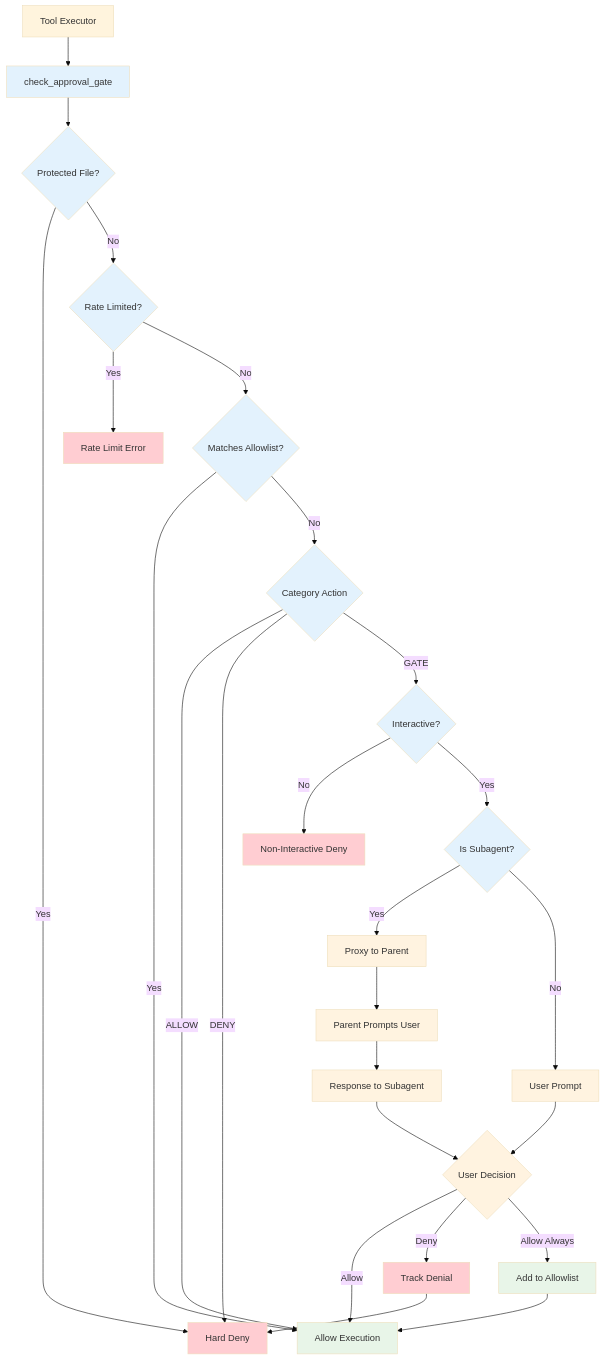
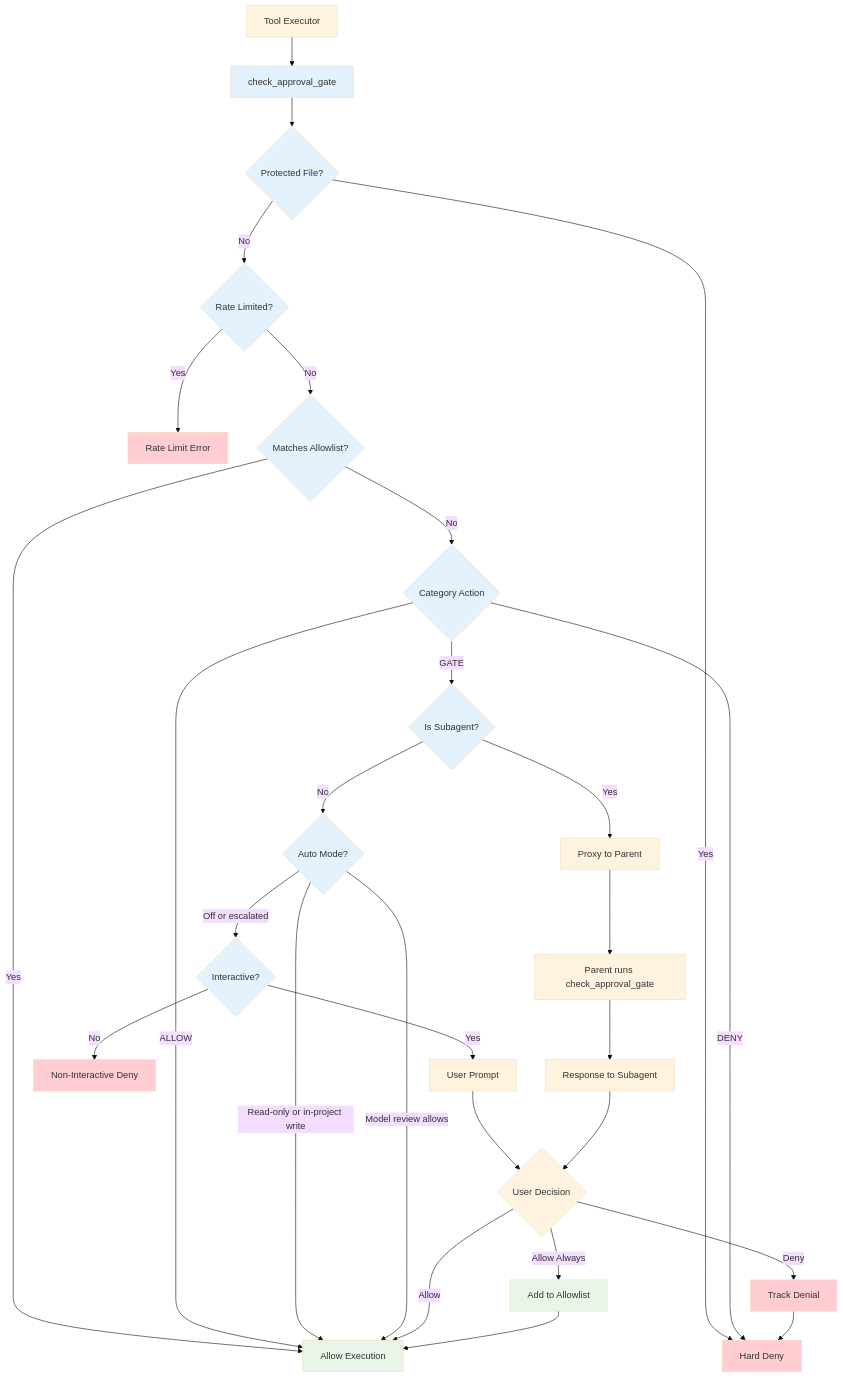
Diagram 17 of 20 in ARCHITECTURE.md (tgittos/scaffold), drawn with Mermaid (base theme) before and after one commit. The commit also changed other lines of this file and 27 other files, not shown here.

````diff
--- a/ARCHITECTURE.md
+++ b/ARCHITECTURE.md
@@ -939,47 +939,51 @@
 ```mermaid
 graph TB
     ToolExec[Tool Executor] --> CheckGate[check_approval_gate]
 
     CheckGate --> ProtectedCheck{Protected File?}
     ProtectedCheck -->|Yes| Deny[Hard Deny]
     ProtectedCheck -->|No| RateCheck{Rate Limited?}
 
     RateCheck -->|Yes| RateLimitErr[Rate Limit Error]
     RateCheck -->|No| AllowlistCheck{Matches Allowlist?}
 
     AllowlistCheck -->|Yes| Allow[Allow Execution]
     AllowlistCheck -->|No| CategoryCheck{Category Action}
 
     CategoryCheck -->|ALLOW| Allow
     CategoryCheck -->|DENY| Deny
-    CategoryCheck -->|GATE| InteractiveCheck{Interactive?}
+    CategoryCheck -->|GATE| SubagentCheck{Is Subagent?}
+
+    SubagentCheck -->|Yes| ProxyRequest[Proxy to Parent]
+    SubagentCheck -->|No| AutoCheck{Auto Mode?}
+
+    ProxyRequest --> ParentCheck[Parent runs check_approval_gate]
+    ParentCheck --> ProxyResponse[Response to Subagent]
+
+    AutoCheck -->|Read-only or in-project write| Allow
+    AutoCheck -->|Model review allows| Allow
+    AutoCheck -->|Off or escalated| InteractiveCheck{Interactive?}
 
     InteractiveCheck -->|No| NonInteractiveDeny[Non-Interactive Deny]
-    InteractiveCheck -->|Yes| SubagentCheck{Is Subagent?}
-
-    SubagentCheck -->|Yes| ProxyRequest[Proxy to Parent]
-    SubagentCheck -->|No| UserPrompt[User Prompt]
-
-    ProxyRequest --> ParentPrompt[Parent Prompts User]
-    ParentPrompt --> ProxyResponse[Response to Subagent]
+    InteractiveCheck -->|Yes| UserPrompt[User Prompt]
 
     UserPrompt --> UserDecision{User Decision}
     ProxyResponse --> UserDecision
 
     UserDecision -->|Allow| Allow
     UserDecision -->|Deny| TrackDenial[Track Denial]
     UserDecision -->|Allow Always| AddPattern[Add to Allowlist]
 
     TrackDenial --> Deny
     AddPattern --> Allow
 
     classDef check fill:#e3f2fd
     classDef action fill:#e8f5e8
     classDef deny fill:#ffcdd2
     classDef prompt fill:#fff3e0
 
-    class CheckGate,ProtectedCheck,RateCheck,AllowlistCheck,CategoryCheck,InteractiveCheck,SubagentCheck check
+    class CheckGate,ProtectedCheck,RateCheck,AllowlistCheck,CategoryCheck,InteractiveCheck,SubagentCheck,AutoCheck check
     class Allow,AddPattern action
     class Deny,RateLimitErr,NonInteractiveDeny,TrackDenial deny
-    class UserPrompt,ParentPrompt,ProxyRequest,ProxyResponse,UserDecision prompt
+    class UserPrompt,ParentCheck,ProxyRequest,ProxyResponse,UserDecision prompt
 ```
````
